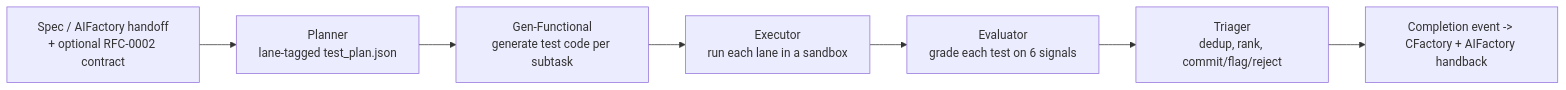
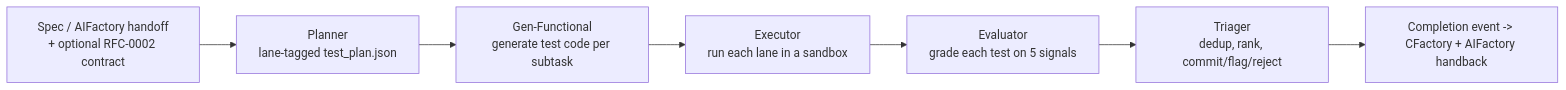
The diagram in docs/capabilities-and-usage.md (olafkfreund/TFactory), drawn with Mermaid before and after one commit. The commit also changed other lines of this file and 11 other files, not shown here.

````diff
--- a/docs/capabilities-and-usage.md
+++ b/docs/capabilities-and-usage.md
@@ -23,9 +23,9 @@
 ```mermaid
 flowchart LR
     I[Spec / AIFactory handoff<br/>+ optional RFC-0002 contract] --> P[Planner<br/>lane-tagged test_plan.json]
     P --> G[Gen-Functional<br/>generate test code per subtask]
     G --> E[Executor<br/>run each lane in a sandbox]
-    E --> V[Evaluator<br/>grade each test on 6 signals]
+    E --> V[Evaluator<br/>grade each test on 5 signals]
     V --> T[Triager<br/>dedup, rank, commit/flag/reject]
     T --> C[Completion event -> CFactory + AIFactory handback]
 ```
````
